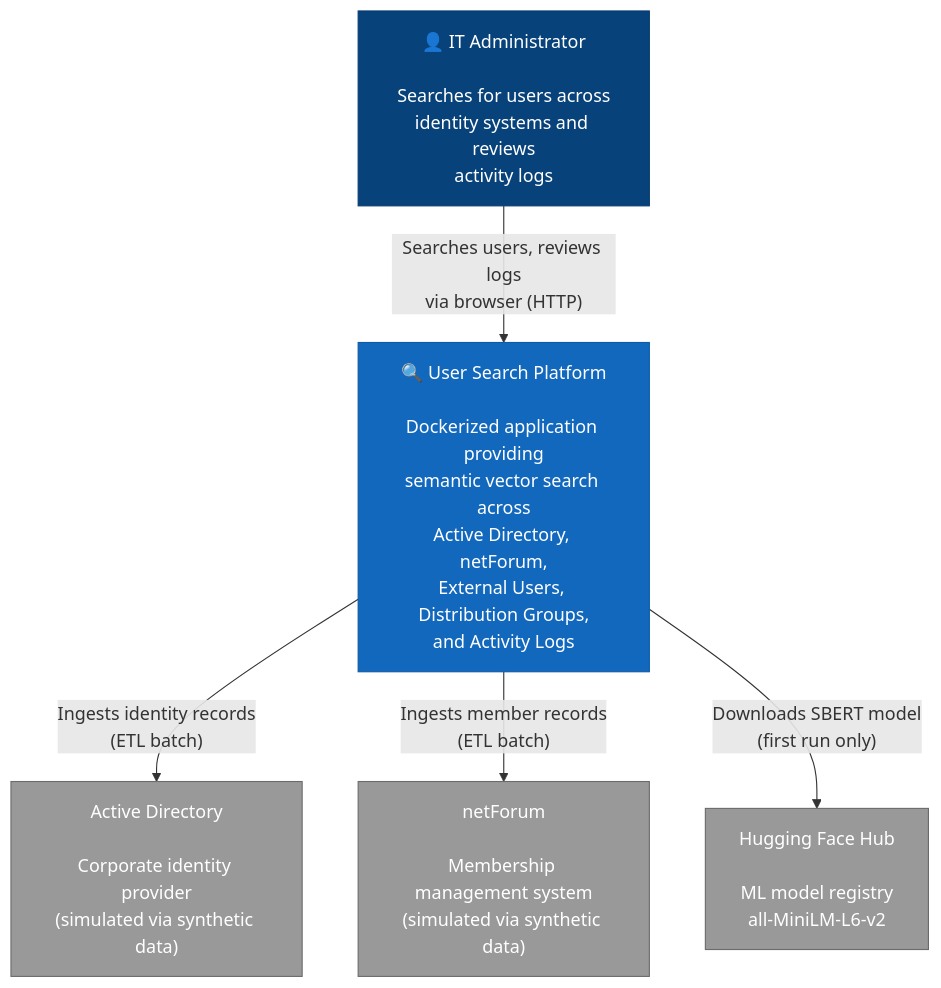
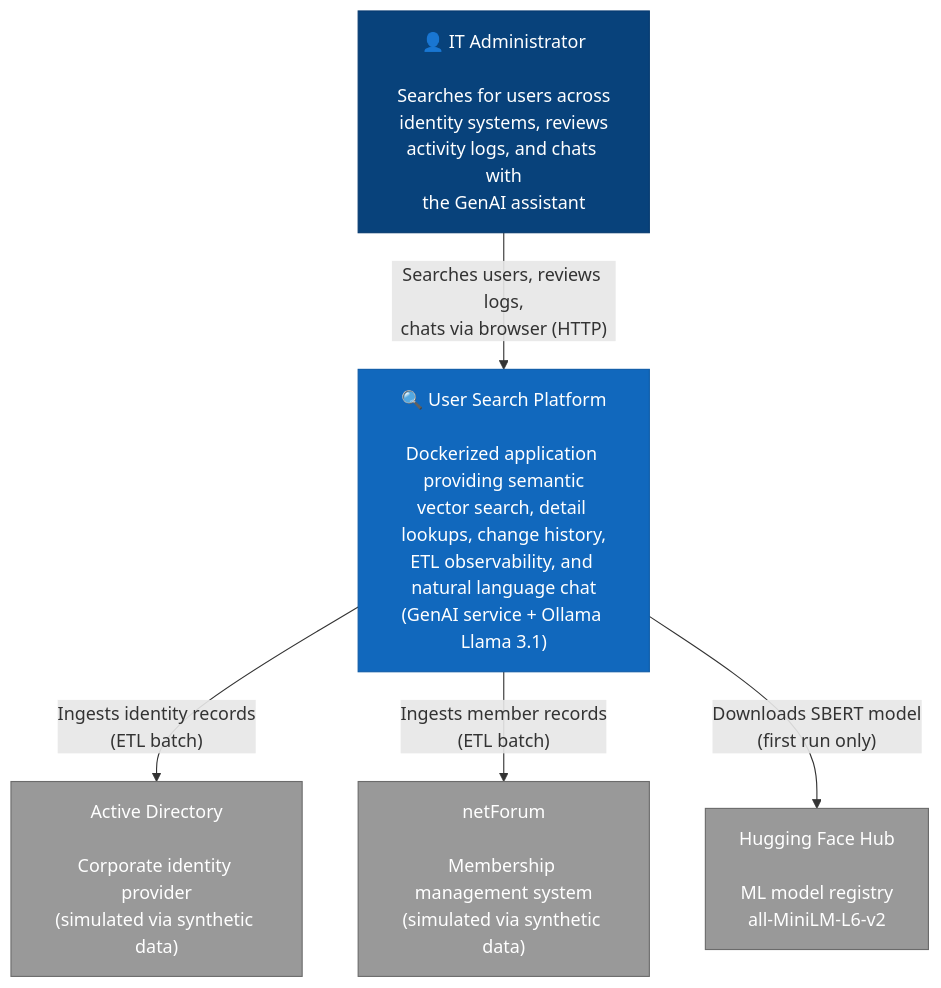
Before and after one commit to sjackshaw/user-search: the diagram in docs/diagrams/c4-system-context.md, drawn with Mermaid. The commit also changed 31 other files, not shown here.

Commit message:
Add package.json for user-search-genai service with dependencies and scripts

````diff
--- a/docs/diagrams/c4-system-context.md
+++ b/docs/diagrams/c4-system-context.md
@@ -3,19 +3,19 @@
 ```mermaid
 graph TB
     classDef person fill:#08427B,stroke:#073B6F,color:#fff
     classDef system fill:#1168BD,stroke:#0E5BA7,color:#fff
     classDef external fill:#999999,stroke:#6B6B6B,color:#fff
 
-    User["👤 IT Administrator<br/><br/>Searches for users across<br/>identity systems and reviews<br/>activity logs"]:::person
+    User["👤 IT Administrator<br/><br/>Searches for users across<br/>identity systems, reviews<br/>activity logs, and chats with<br/>the GenAI assistant"]:::person
 
-    UserSearch["🔍 User Search Platform<br/><br/>Dockerized application providing<br/>semantic vector search across<br/>Active Directory, netForum,<br/>External Users, Distribution Groups,<br/>and Activity Logs"]:::system
+    UserSearch["🔍 User Search Platform<br/><br/>Dockerized application providing semantic<br/>vector search, detail lookups, change history,<br/>ETL observability, and natural language chat<br/>(GenAI service + Ollama Llama 3.1)"]:::system
 
     AD["Active Directory<br/><br/>Corporate identity provider<br/>(simulated via synthetic data)"]:::external
     NF["netForum<br/><br/>Membership management system<br/>(simulated via synthetic data)"]:::external
     HF["Hugging Face Hub<br/><br/>ML model registry<br/>all-MiniLM-L6-v2"]:::external
 
-    User -->|"Searches users, reviews logs<br/>via browser (HTTP)"| UserSearch
+    User -->|"Searches users, reviews logs,<br/>chats via browser (HTTP)"| UserSearch
     UserSearch -->|"Ingests identity records<br/>(ETL batch)"| AD
     UserSearch -->|"Ingests member records<br/>(ETL batch)"| NF
     UserSearch -->|"Downloads SBERT model<br/>(first run only)"| HF
 ```
````
